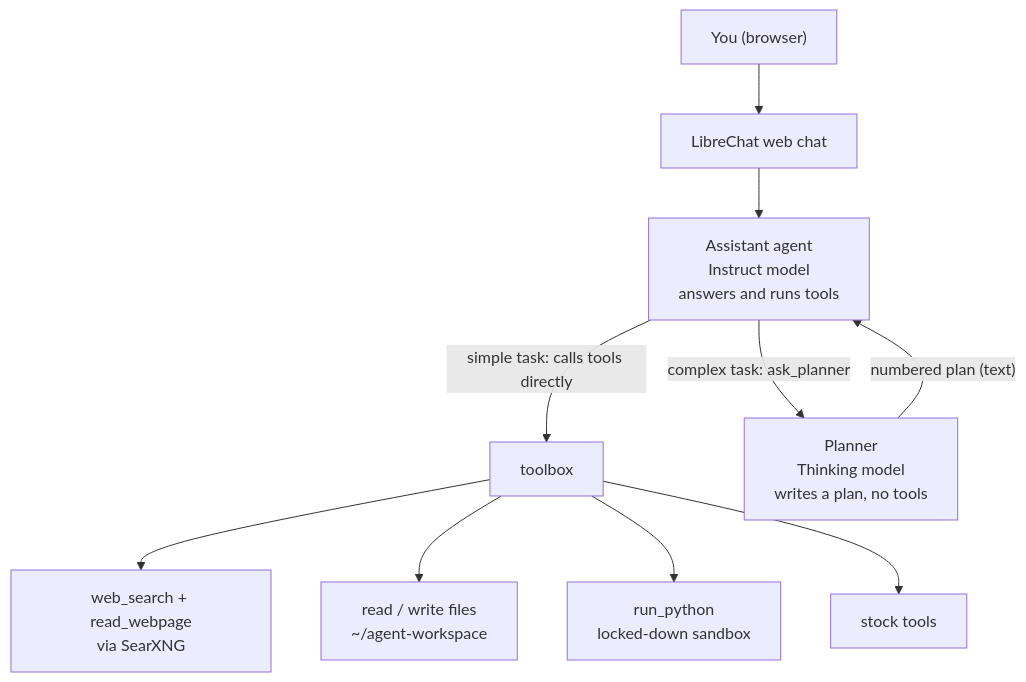
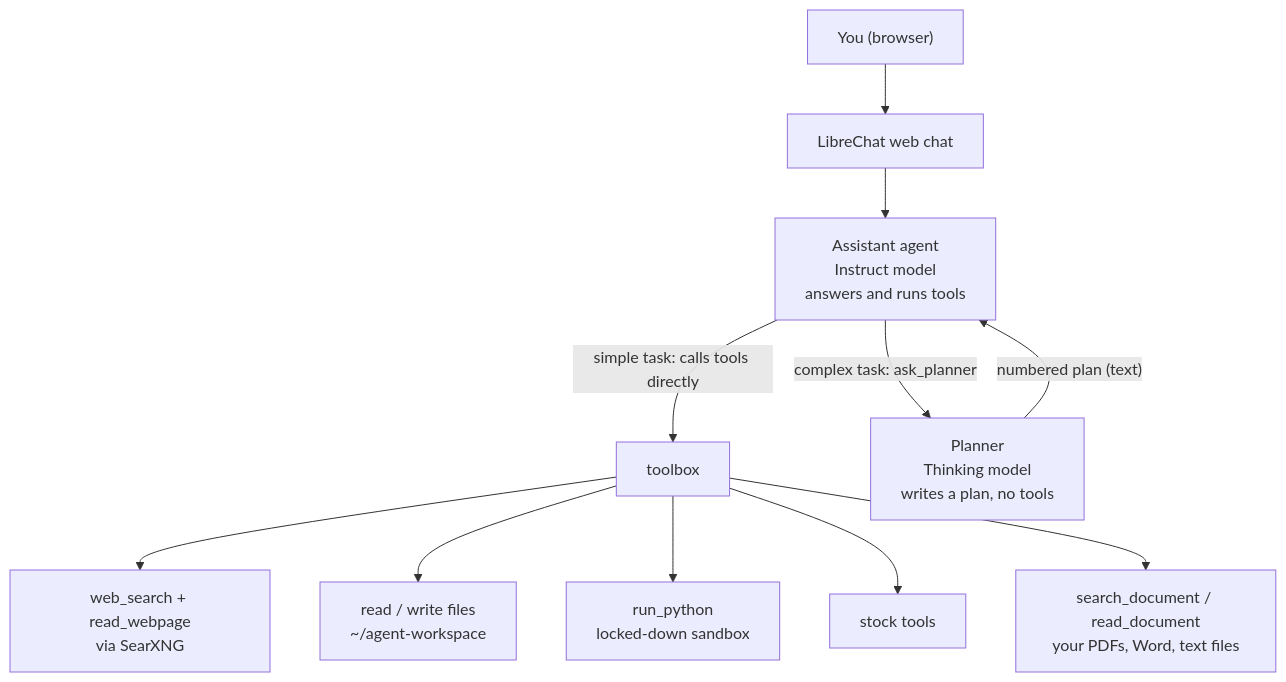
Before and after one commit to dhoon-ai/dhoon: the diagram in README.md, drawn with Mermaid. The commit also changed other lines of this file and 6 other files, not shown here.

First line of the commit message:
Add document Q&A tools: search_document and read_document

````diff
--- a/README.md
+++ b/README.md
@@ -52,12 +52,13 @@
 ```mermaid
 flowchart TD
     U["You (browser)"] --> LC["LibreChat web chat"]
     LC --> A["Assistant agent<br/>Instruct model<br/>answers and runs tools"]
     A -->|"simple task: calls tools directly"| T["toolbox"]
     A -->|"complex task: ask_planner"| P["Planner<br/>Thinking model<br/>writes a plan, no tools"]
     P -->|"numbered plan (text)"| A
     T --> W["web_search + read_webpage<br/>via SearXNG"]
     T --> F["read / write files<br/>~/agent-workspace"]
     T --> PY["run_python<br/>locked-down sandbox"]
     T --> S["stock tools"]
+    T --> D["search_document / read_document<br/>your PDFs, Word, text files"]
 ```
````
